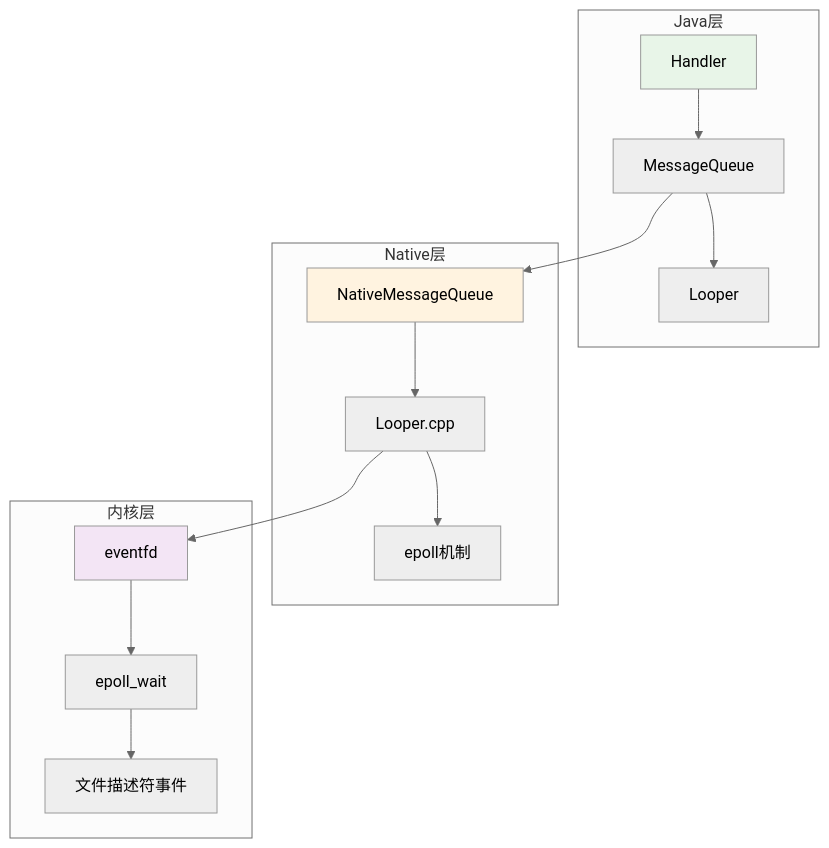
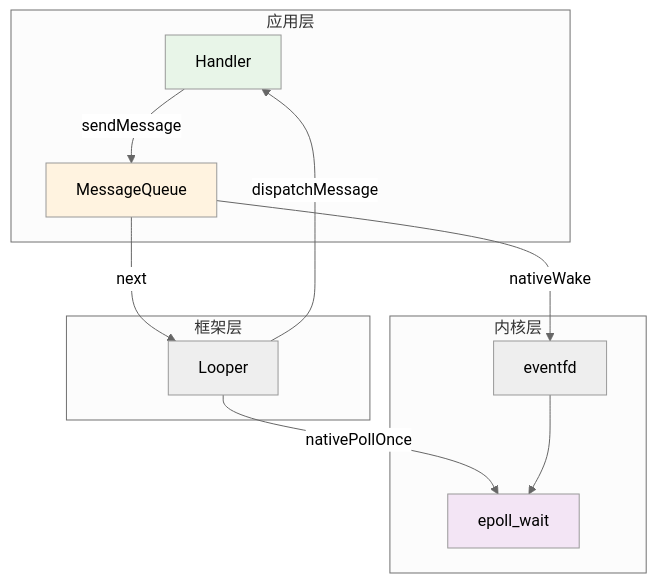
One commit to chongyang211/YCBookBlog changed the second of 22 diagrams in packages/website/07.内功/06.交互和系统/05.消息机制设计思想.md. Above: the diagram before and after it, drawn with Mermaid (neutral theme). The commit also changed other lines of this file, not shown here.

First line of the commit message:
docs(消息机制): 优化消息机制设计思想的架构图

````diff
--- a/packages/website/07.内功/06.交互和系统/05.消息机制设计思想.md
+++ b/packages/website/07.内功/06.交互和系统/05.消息机制设计思想.md
@@ -225,24 +225,18 @@
 ```mermaid
 graph TB
-    subgraph "Java层"
-        A[Handler] --> B[MessageQueue]
-        B --> C[Looper]
+    subgraph "应用层"
+        A[Handler] -->|sendMessage| B[MessageQueue]
     end
-    
-    subgraph "Native层"
-        D[NativeMessageQueue] --> E[Looper.cpp]
-        E --> F[epoll机制]
+    subgraph "框架层"
+        B -->|next| C[Looper]
+        C -->|dispatchMessage| A
     end
-    
     subgraph "内核层"
-        G[eventfd] --> H[epoll_wait]
-        H --> I[文件描述符事件]
+        B -->|nativeWake| D[eventfd]
+        C -->|nativePollOnce| E[epoll_wait]
+        D --> E
     end
-    
-    B --> D
-    E --> G
-    
     style A fill:#e8f5e8
-    style D fill:#fff3e0
-    style G fill:#f3e5f5
+    style B fill:#fff3e0
+    style E fill:#f3e5f5
 ```
````
